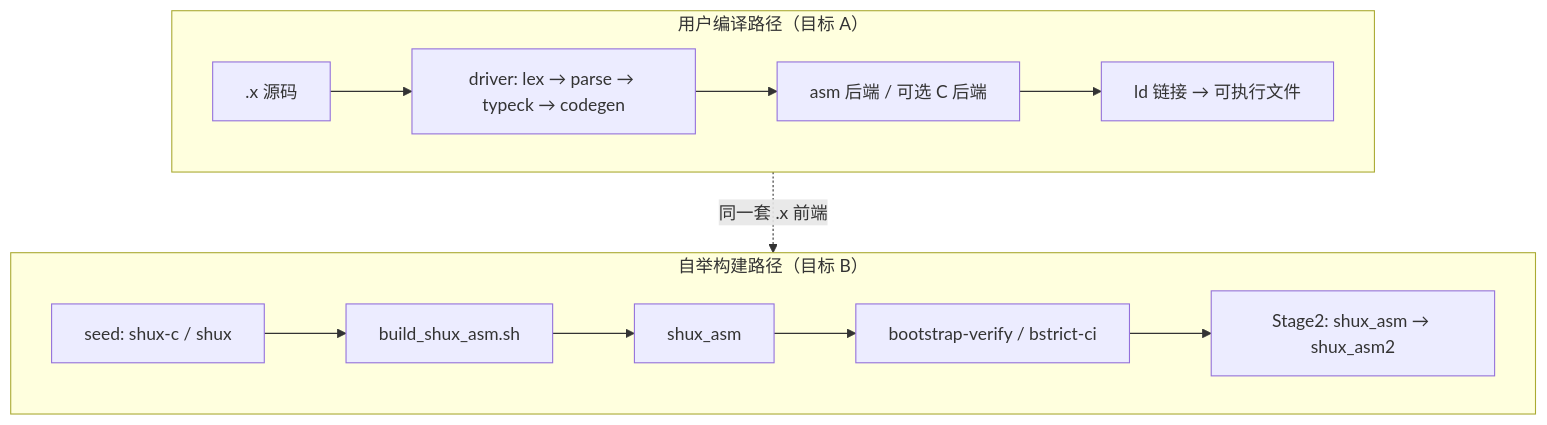
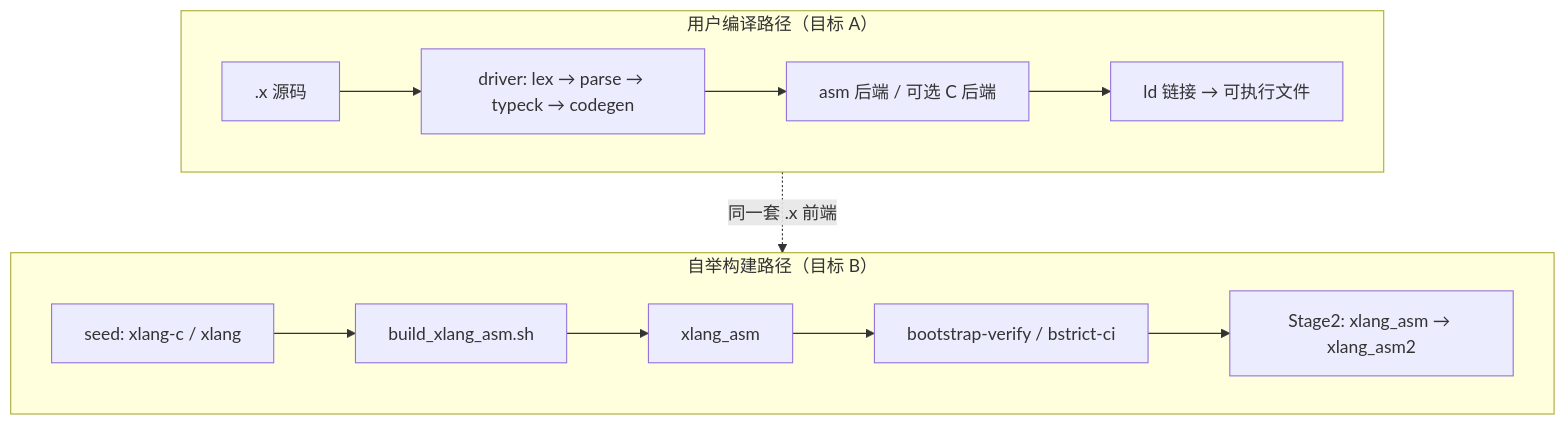
The diagram in analysis/doc-selfhost-architecture-v1.md (shuliangfu/x-lang), drawn with Mermaid before and after one commit. The commit also changed other lines of this file and 2862 other files, not shown here.

First line of the commit message:
rename: Shux → Xlang across CLI, sources, ABI, docs (keep workspace dir)

````diff
--- a/analysis/doc-selfhost-architecture-v1.md
+++ b/analysis/doc-selfhost-architecture-v1.md
@@ -37,17 +37,17 @@
 ```mermaid
 flowchart TB
   subgraph user["用户编译路径（目标 A）"]
     U1[".x 源码"] --> U2["driver: lex → parse → typeck → codegen"]
     U2 --> U3["asm 后端 / 可选 C 后端"]
     U3 --> U4["ld 链接 → 可执行文件"]
   end
 
   subgraph boot["自举构建路径（目标 B）"]
-    S1["seed: shux-c / shux"] --> S2["build_shux_asm.sh"]
-    S2 --> S3["shux_asm"]
+    S1["seed: xlang-c / xlang"] --> S2["build_xlang_asm.sh"]
+    S2 --> S3["xlang_asm"]
     S3 --> S4["bootstrap-verify / bstrict-ci"]
-    S4 --> S5["Stage2: shux_asm → shux_asm2"]
+    S4 --> S5["Stage2: xlang_asm → xlang_asm2"]
   end
 
   user -.->|"同一套 .x 前端"| boot
 ```
````
